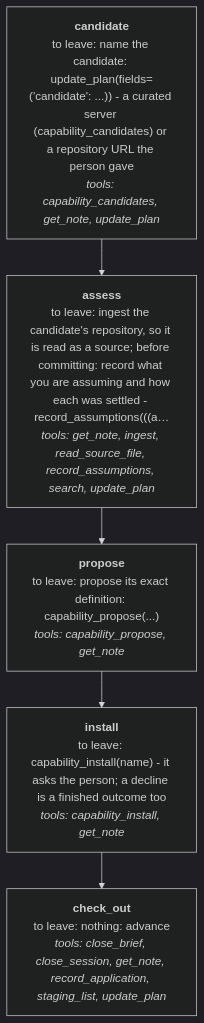
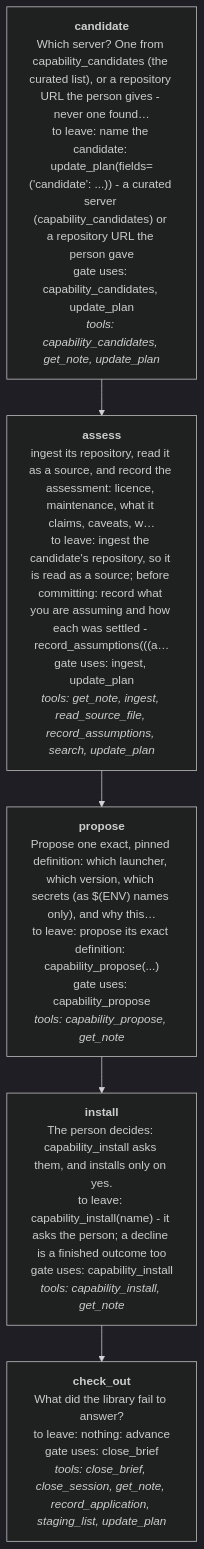
Before and after one commit to Jake36999/Librarian_V2: the eighth of 24 diagrams in reports/2026-11-20-workflow-map/WORKFLOW-MAP.md, drawn with Mermaid (dark theme). The commit also changed other lines of this file and 11 other files, not shown here.

````diff
--- a/reports/2026-11-20-workflow-map/WORKFLOW-MAP.md
+++ b/reports/2026-11-20-workflow-map/WORKFLOW-MAP.md
@@ -126,12 +126,12 @@
 ```mermaid
 flowchart TD
-  p0["<b>candidate</b><br/>to leave: name the candidate: update_plan(fields=('candidate': ...)) - a curated server (capability_candidates) or a repository URL the person gave<br/><i>tools: capability_candidates, get_note, update_plan</i>"]
-  p1["<b>assess</b><br/>to leave: ingest the candidate's repository, so it is read as a source; before committing: record what you are assuming and how each was settled - record_assumptions(((a…<br/><i>tools: get_note, ingest, read_source_file, record_assumptions, search, update_plan</i>"]
+  p0["<b>candidate</b><br/>Which server? One from capability_candidates (the curated list), or a repository URL the person gives - never one found…<br/>to leave: name the candidate: update_plan(fields=('candidate': ...)) - a curated server (capability_candidates) or a repository URL the person gave<br/>gate uses: capability_candidates, update_plan<br/><i>tools: capability_candidates, get_note, update_plan</i>"]
+  p1["<b>assess</b><br/>ingest its repository, read it as a source, and record the assessment: licence, maintenance, what it claims, caveats, w…<br/>to leave: ingest the candidate's repository, so it is read as a source; before committing: record what you are assuming and how each was settled - record_assumptions(((a…<br/>gate uses: ingest, update_plan<br/><i>tools: get_note, ingest, read_source_file, record_assumptions, search, update_plan</i>"]
   p0 --> p1
-  p2["<b>propose</b><br/>to leave: propose its exact definition: capability_propose(...)<br/><i>tools: capability_propose, get_note</i>"]
+  p2["<b>propose</b><br/>Propose one exact, pinned definition: which launcher, which version, which secrets (as $(ENV) names only), and why this…<br/>to leave: propose its exact definition: capability_propose(...)<br/>gate uses: capability_propose<br/><i>tools: capability_propose, get_note</i>"]
   p1 --> p2
-  p3["<b>install</b><br/>to leave: capability_install(name) - it asks the person; a decline is a finished outcome too<br/><i>tools: capability_install, get_note</i>"]
+  p3["<b>install</b><br/>The person decides: capability_install asks them, and installs only on yes.<br/>to leave: capability_install(name) - it asks the person; a decline is a finished outcome too<br/>gate uses: capability_install<br/><i>tools: capability_install, get_note</i>"]
   p2 --> p3
-  p4["<b>check_out</b><br/>to leave: nothing: advance<br/><i>tools: close_brief, close_session, get_note, record_application, staging_list, update_plan</i>"]
+  p4["<b>check_out</b><br/>What did the library fail to answer?<br/>to leave: nothing: advance<br/>gate uses: close_brief<br/><i>tools: close_brief, close_session, get_note, record_application, staging_list, update_plan</i>"]
   p3 --> p4
 ```
````
